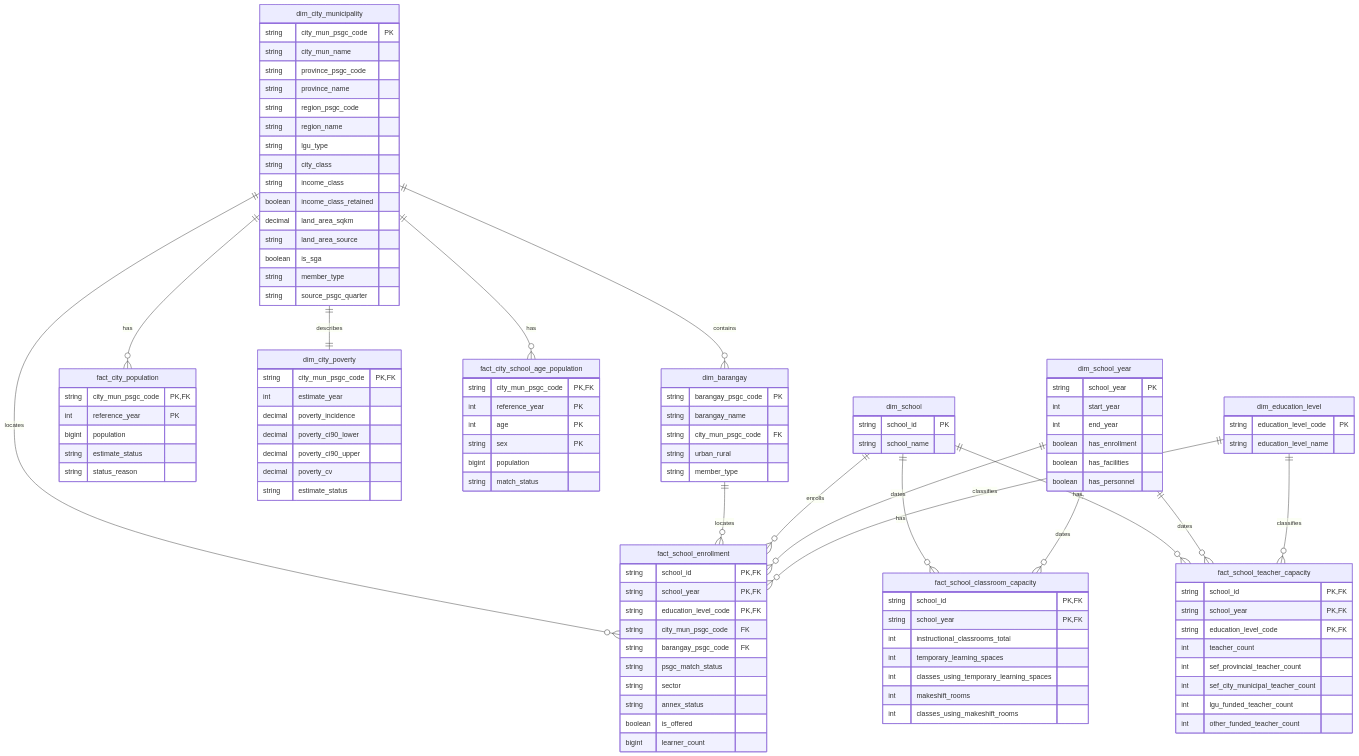
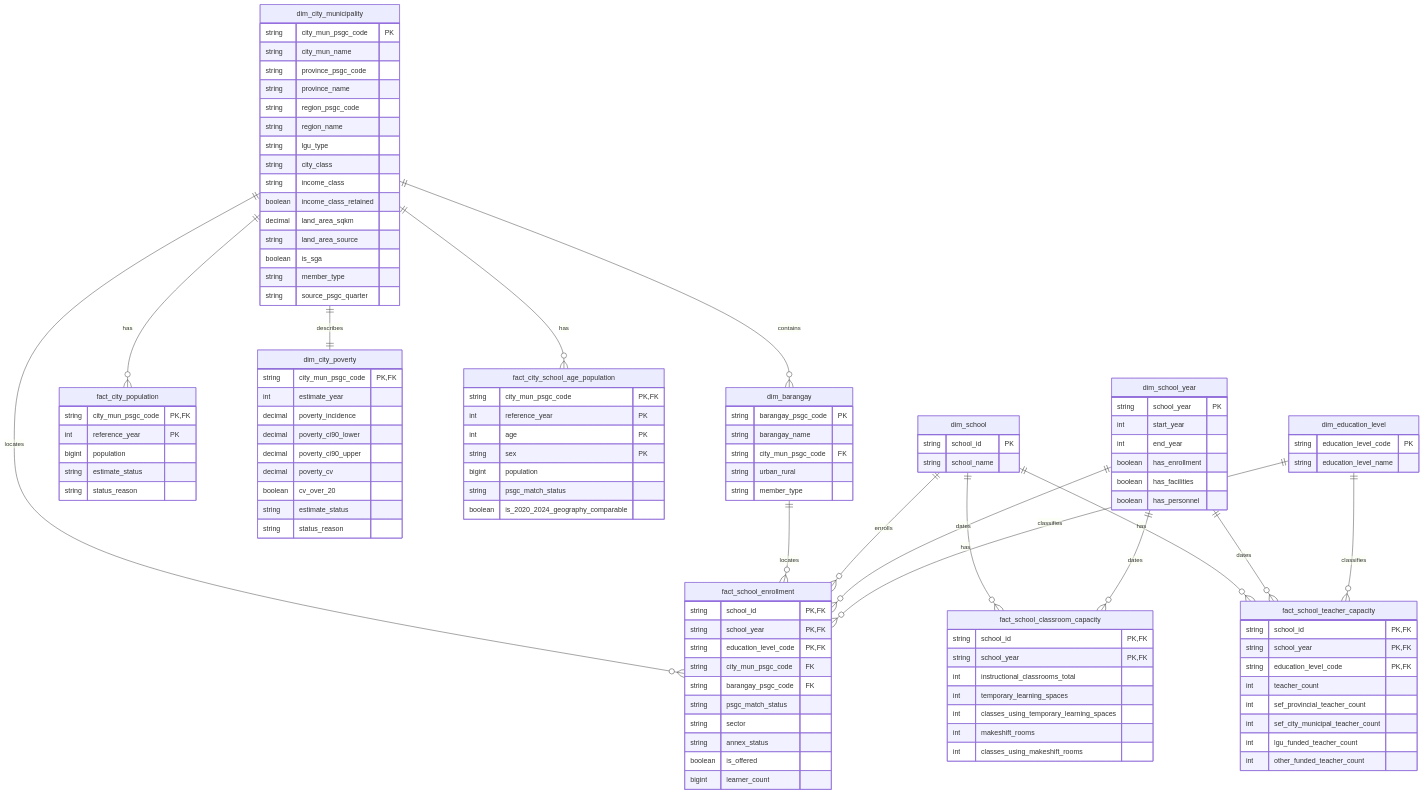
The diagram in docs/architecture/data-model.md (reached-hq/edu-access-intelligence), drawn with Mermaid before and after one commit. The commit also changed other lines of this file, not shown here.

````diff
--- a/docs/architecture/data-model.md
+++ b/docs/architecture/data-model.md
@@ -334,7 +346,9 @@
     decimal poverty_ci90_lower
     decimal poverty_ci90_upper
     decimal poverty_cv
+    boolean cv_over_20
     string estimate_status
+    string status_reason
   }
   fact_school_enrollment {
     string school_id PK,FK
@@ -380,6 +394,7 @@
     int age PK
     string sex PK
     bigint population
-    string match_status
+    string psgc_match_status
+    boolean is_2020_2024_geography_comparable
   }
 ```
````
